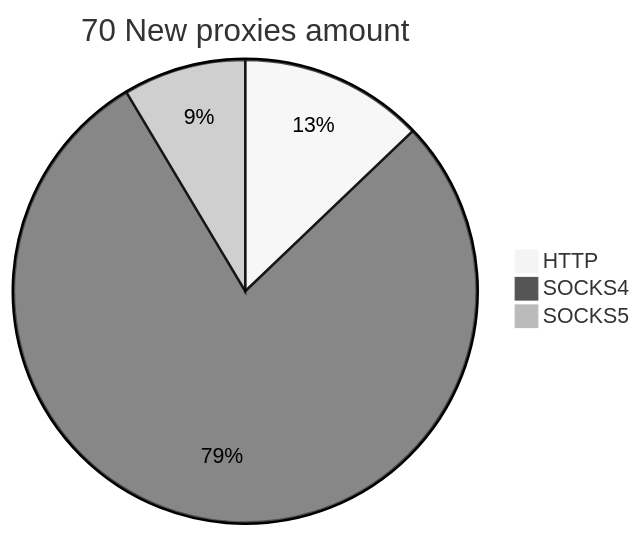
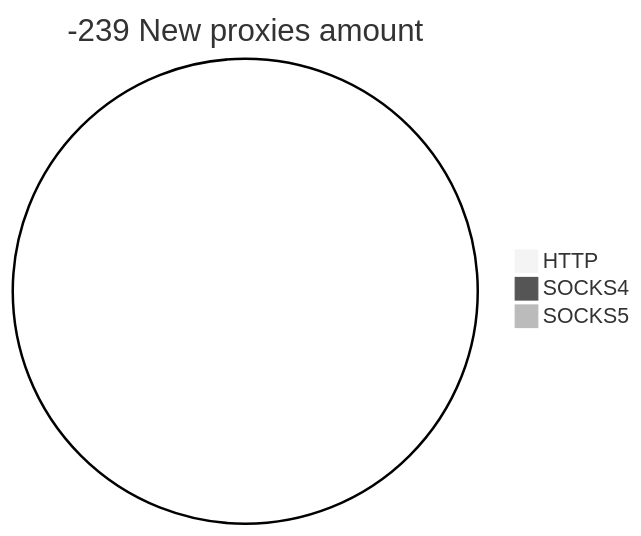
The second of 2 diagrams in README.md (cutipu/proxylist), drawn with Mermaid (neutral theme) before and after one commit. The commit also changed other lines of this file, not shown here.

````diff
--- a/README.md
+++ b/README.md
@@ -10,6 +10,6 @@
 ```mermaid
-pie title 70 New proxies amount
-    "HTTP" : 9
-    "SOCKS4" : 55
-    "SOCKS5" : 6
+pie title -239 New proxies amount
+    "HTTP" : 0
+    "SOCKS4" : 0
+    "SOCKS5" : 0
 ```
````
